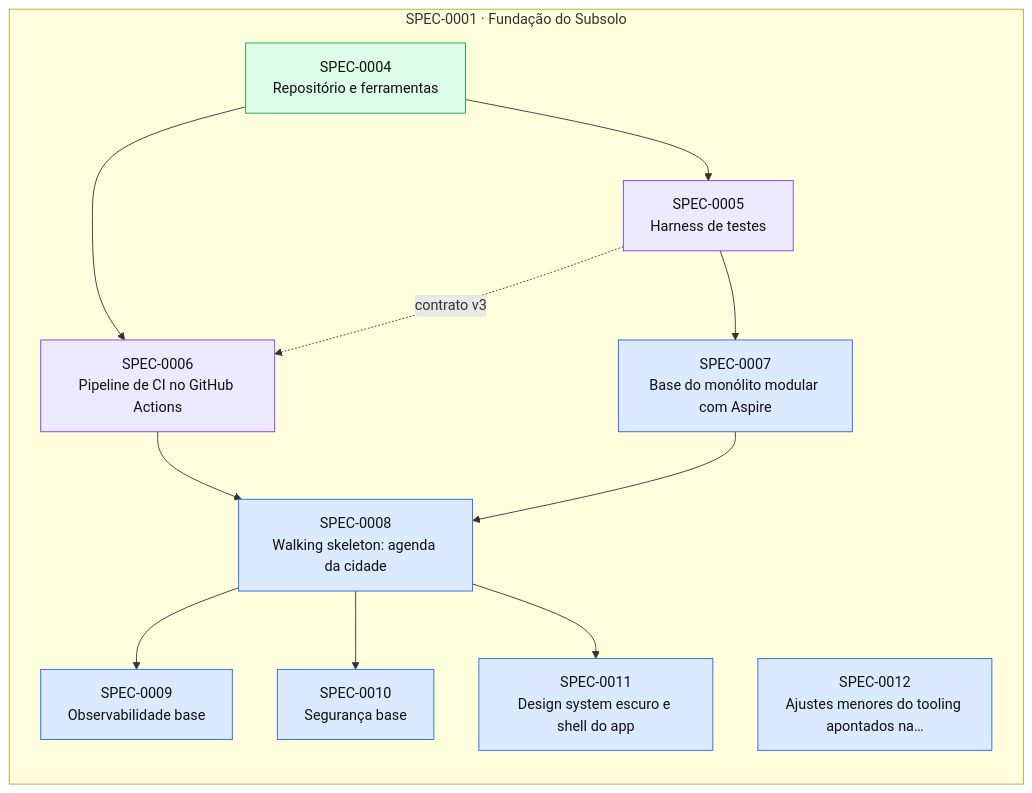
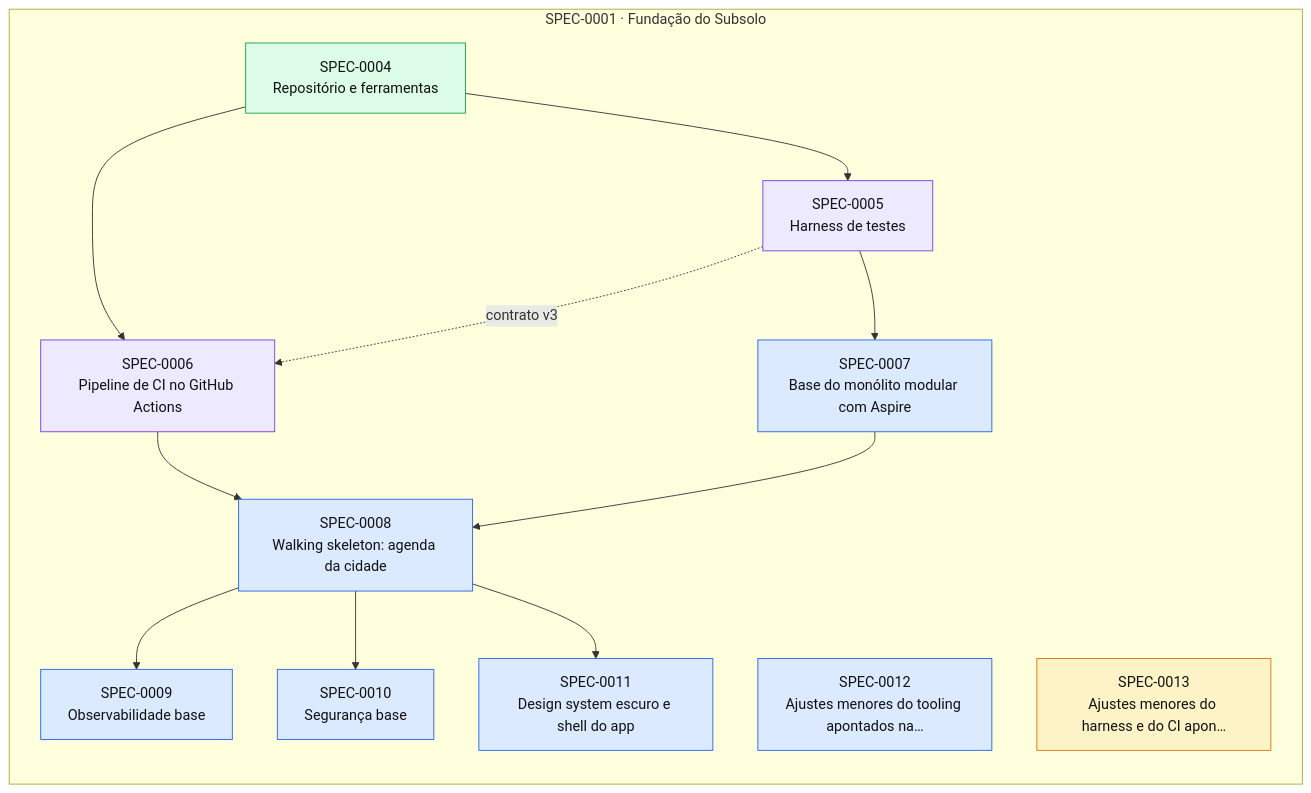
Before and after one commit to thomasravache/subsolo: the diagram in docs/specs/INDEX.md, drawn with Mermaid. The commit also changed other lines of this file and 2 other files, not shown here.

First line of the commit message:
docs(sdd): record ci command and propose SPEC-0013 follow-ups

````diff
--- a/docs/specs/INDEX.md
+++ b/docs/specs/INDEX.md
@@ -68,28 +69,29 @@
 ```mermaid
 flowchart LR
   subgraph E0001["SPEC-0001 · Fundação do Subsolo"]
     S0004["SPEC-0004<br/>Repositório e ferramentas"]:::implemented
     S0005["SPEC-0005<br/>Harness de testes"]:::inprogress
     S0006["SPEC-0006<br/>Pipeline de CI no GitHub Actions"]:::inprogress
     S0007["SPEC-0007<br/>Base do monólito modular com Aspire"]:::approved
     S0008["SPEC-0008<br/>Walking skeleton: agenda da cidade"]:::approved
     S0009["SPEC-0009<br/>Observabilidade base"]:::approved
     S0010["SPEC-0010<br/>Segurança base"]:::approved
     S0011["SPEC-0011<br/>Design system escuro e shell do app"]:::approved
     S0012["SPEC-0012<br/>Ajustes menores do tooling apontados na…"]:::approved
+    S0013["SPEC-0013<br/>Ajustes menores do harness e do CI apon…"]:::proposed
   end
   S0004 --> S0005
   S0004 --> S0006
   S0005 -. contrato v3 .-> S0006
   S0005 --> S0007
   S0006 --> S0008
   S0007 --> S0008
   S0008 --> S0009
   S0008 --> S0010
   S0008 --> S0011
   classDef proposed fill:#fef3c7,stroke:#d97706,color:#111
   classDef approved fill:#dbeafe,stroke:#2563eb,color:#111
   classDef inprogress fill:#ede9fe,stroke:#7c3aed,color:#111
   classDef implemented fill:#dcfce7,stroke:#16a34a,color:#111
   classDef deprecated fill:#f3f4f6,stroke:#9ca3af,color:#6b7280
 ```
````
